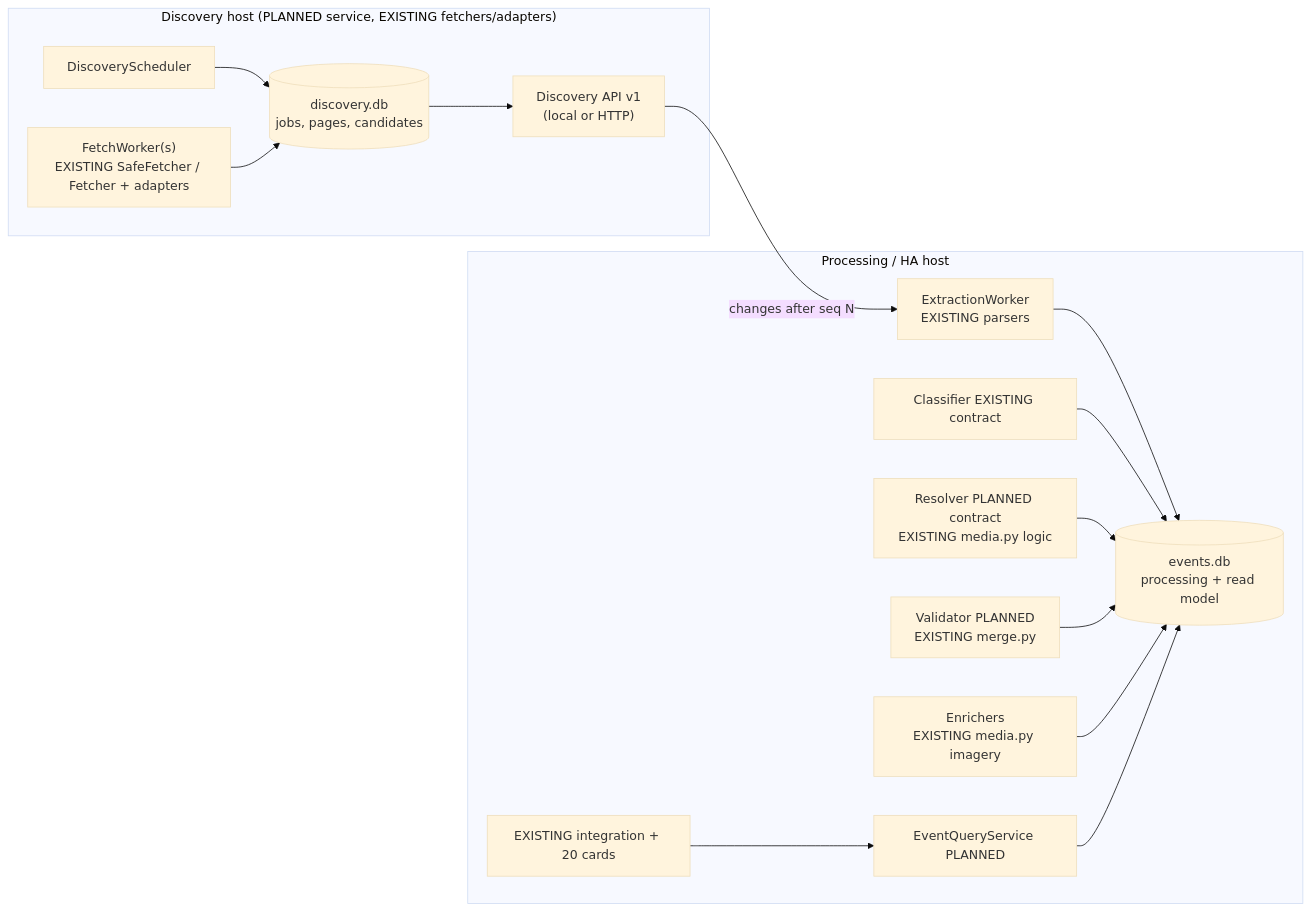
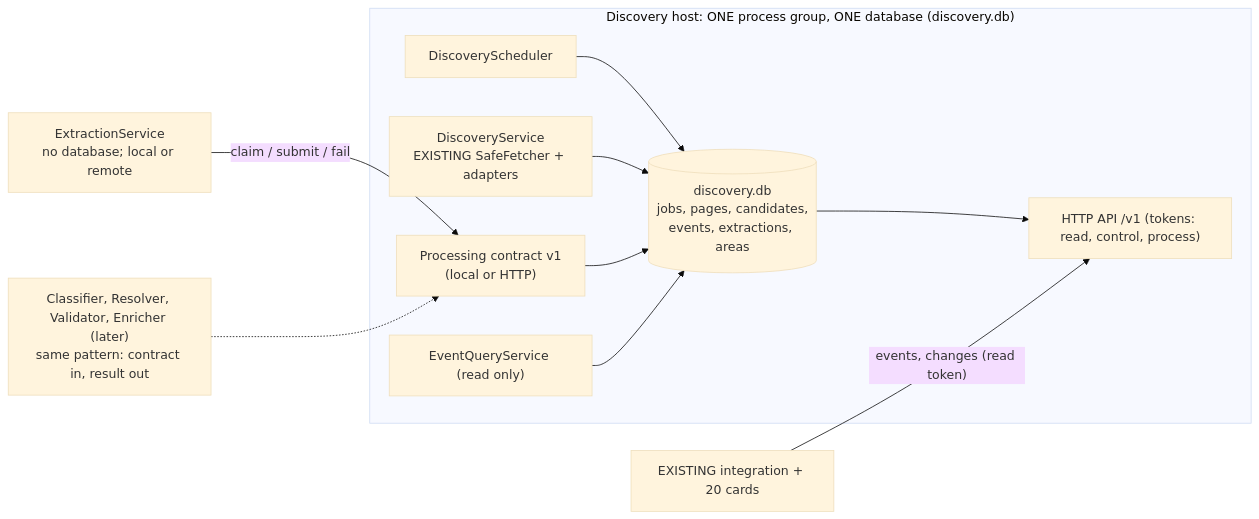
One commit to lairdrt/area-events-card changed the first of 5 diagrams in docs/discovery-service-architecture.md. Above: the diagram before and after it, drawn with Mermaid (base theme). The commit also changed other lines of this file and 11 other files, not shown here.

First line of the commit message:
Milestone 2C: independent extraction into the single discovery database, processing contract, event query service

````diff
--- a/docs/discovery-service-architecture.md
+++ b/docs/discovery-service-architecture.md
@@ -201,18 +268,13 @@
 ```mermaid
 flowchart LR
-  subgraph A["Discovery host (PLANNED service, EXISTING fetchers/adapters)"]
-    SCH["DiscoveryScheduler"] --> JOB[("discovery.db<br/>jobs, pages, candidates")]
-    FW["FetchWorker(s)<br/>EXISTING SafeFetcher / Fetcher + adapters"] --> JOB
-    JOB --> API["Discovery API v1<br/>(local or HTTP)"]
+  subgraph H["Discovery host: ONE process group, ONE database (discovery.db)"]
+    SCH["DiscoveryScheduler"] --> DB[("discovery.db<br/>jobs, pages, candidates,<br/>events, extractions, areas")]
+    FW["DiscoveryService<br/>EXISTING SafeFetcher + adapters"] --> DB
+    PROC["Processing contract v1<br/>(local or HTTP)"] --> DB
+    EQ["EventQueryService (read only)"] --> DB
+    DB --> API["HTTP API /v1 (tokens: read, control, process)"]
   end
-  subgraph B["Processing / HA host"]
-    XW["ExtractionWorker<br/>EXISTING parsers"] --> PDB[("events.db<br/>processing + read model")]
-    CW["Classifier EXISTING contract"] --> PDB
-    GW["Resolver PLANNED contract<br/>EXISTING media.py logic"] --> PDB
-    VW["Validator PLANNED<br/>EXISTING merge.py"] --> PDB
-    EW["Enrichers<br/>EXISTING media.py imagery"] --> PDB
-    Q["EventQueryService PLANNED"] --> PDB
-    HA["EXISTING integration + 20 cards"] --> Q
-  end
-  API -- "changes after seq N" --> XW
+  XW["ExtractionService<br/>no database; local or remote"] -- "claim / submit / fail" --> PROC
+  CW["Classifier, Resolver, Validator, Enricher (later)<br/>same pattern: contract in, result out"] -.-> PROC
+  HA["EXISTING integration + 20 cards"] -- "events, changes (read token)" --> API
 ```
````
